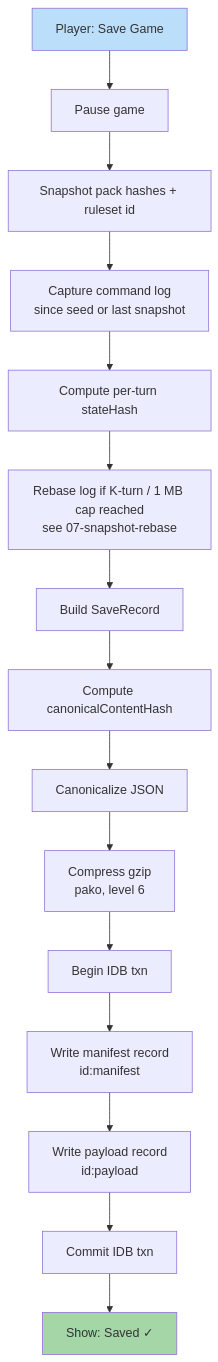
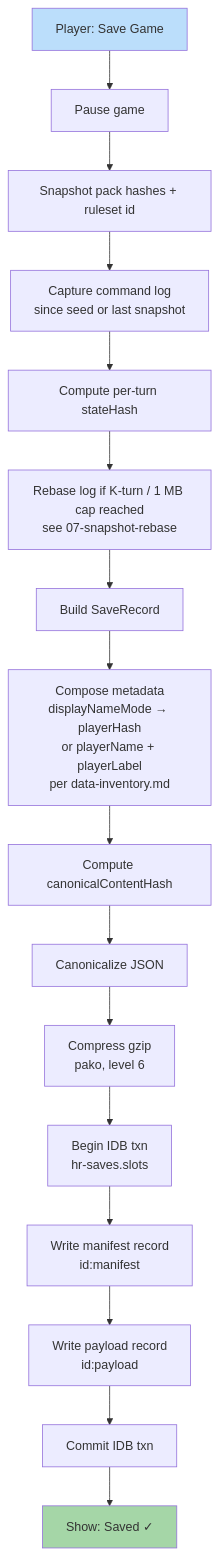
One commit to SunaNoOshiro/Heroes_Reforged_AI_Realms changed the diagram in docs/architecture/diagrams/24-save-flow.md. Above: the diagram before and after it, drawn with Mermaid. The commit also changed 73 other files, not shown here.

First line of the commit message:
Implement user-generated-content-and-personal-data plan

````diff
--- a/docs/architecture/diagrams/24-save-flow.md
+++ b/docs/architecture/diagrams/24-save-flow.md
@@ -18,19 +18,20 @@
 ```mermaid
 flowchart TD
     A[Player: Save Game] --> B[Pause game]
     B --> C[Snapshot pack hashes + ruleset id]
     C --> D[Capture command log<br/>since seed or last snapshot]
     D --> E[Compute per-turn stateHash]
     E --> F[Rebase log if K-turn / 1 MB cap reached<br/>see 07-snapshot-rebase]
     F --> G[Build SaveRecord]
-    G --> H[Compute canonicalContentHash]
+    G --> G1[Compose metadata<br/>displayNameMode → playerHash<br/>or playerName + playerLabel<br/>per data-inventory.md]
+    G1 --> H[Compute canonicalContentHash]
     H --> I[Canonicalize JSON]
     I --> J[Compress gzip<br/>pako, level 6]
-    J --> K[Begin IDB txn]
+    J --> K[Begin IDB txn<br/>hr-saves.slots]
     K --> L[Write manifest record<br/>id:manifest]
     L --> M[Write payload record<br/>id:payload]
     M --> N[Commit IDB txn]
     N --> O[Show: Saved ✓]
     style A fill:#bbdefb
     style O fill:#a5d6a7
 ```
````
